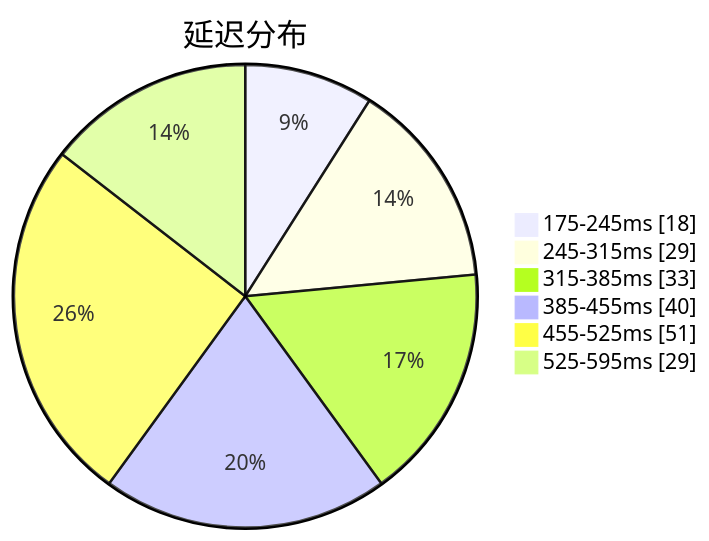
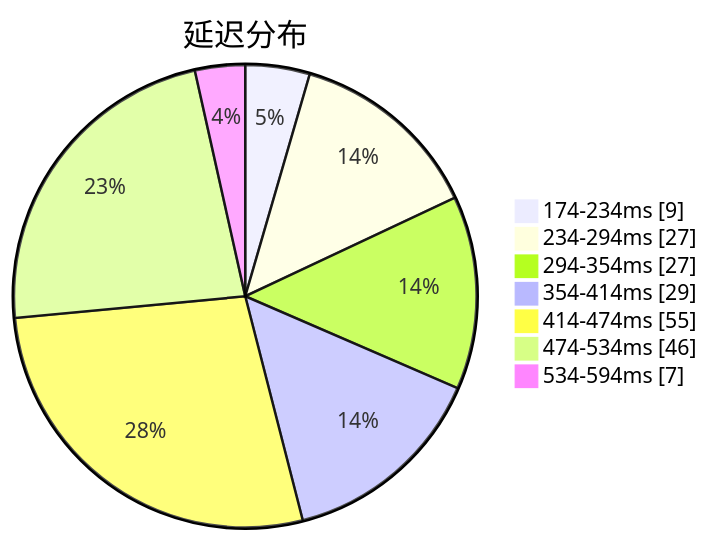
Before and after one commit to qjlxg/airport: the first of 3 diagrams in subs/statistics/tested_within.md, drawn with Mermaid. The commit also changed other lines of this file and 2 other files, not shown here.

````diff
--- a/subs/statistics/tested_within.md
+++ b/subs/statistics/tested_within.md
@@ -2,10 +2,11 @@
 ```mermaid
 pie showData
 title 延迟分布
-"175-245ms" : 18
-"245-315ms" : 29
-"315-385ms" : 33
-"385-455ms" : 40
-"455-525ms" : 51
-"525-595ms" : 29
+"174-234ms" : 9
+"234-294ms" : 27
+"294-354ms" : 27
+"354-414ms" : 29
+"414-474ms" : 55
+"474-534ms" : 46
+"534-594ms" : 7
 ```
````
